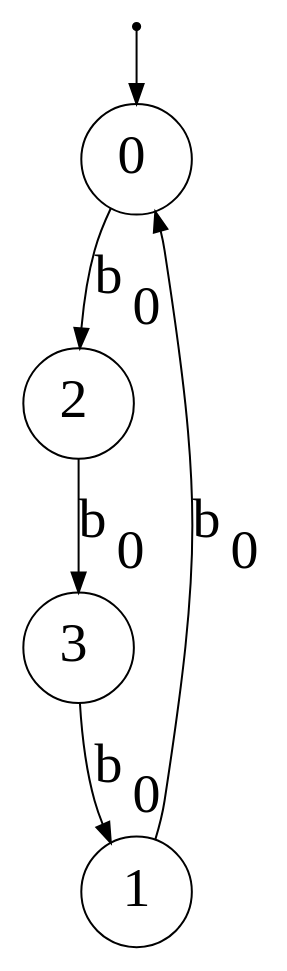
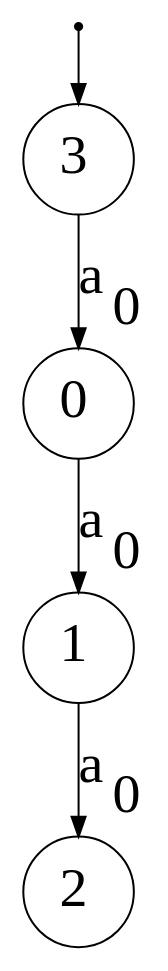
The diagram in dotsource.dot (Reithger/Finite-State-Machine-Model), drawn with Graphviz before and after one commit. The commit also changed 8 other files, not shown here.

```diff
--- a/dotsource.dot
+++ b/dotsource.dot
@@ -1,12 +1,11 @@
 digraph G {
 "n0"[label= <0> shape=circle color="black" style=wedged fillcolor="white" style=filled fontsize="28"];
-"ArbitraryUnusedNameNoWorriesJustGrooving1"[fontSize=1 shape=point];
 "n1"[label= <1> shape=circle color="black" style=wedged fillcolor="white" style=filled fontsize="28"];
 "n2"[label= <2> shape=circle color="black" style=wedged fillcolor="white" style=filled fontsize="28"];
 "n3"[label= <3> shape=circle color="black" style=wedged fillcolor="white" style=filled fontsize="28"];
-{"ArbitraryUnusedNameNoWorriesJustGrooving1"}->{"n0"};
-{"n0"}->{"n2"}[label = <b<sub>0</sub>> color="black" arrowhead="normal" style="" fontsize="28"];
-{"n1"}->{"n0"}[label = <b<sub>0</sub>> color="black" arrowhead="normal" style="" fontsize="28"];
-{"n2"}->{"n3"}[label = <b<sub>0</sub>> color="black" arrowhead="normal" style="" fontsize="28"];
-{"n3"}->{"n1"}[label = <b<sub>0</sub>> color="black" arrowhead="normal" style="" fontsize="28"];
+"ArbitraryUnusedNameNoWorriesJustGrooving4"[fontSize=1 shape=point];
+{"ArbitraryUnusedNameNoWorriesJustGrooving4"}->{"n3"};
+{"n0"}->{"n1"}[label = <a<sub>0</sub>> color="black" arrowhead="normal" style="" fontsize="28"];
+{"n1"}->{"n2"}[label = <a<sub>0</sub>> color="black" arrowhead="normal" style="" fontsize="28"];
+{"n3"}->{"n0"}[label = <a<sub>0</sub>> color="black" arrowhead="normal" style="" fontsize="28"];
 }
```
